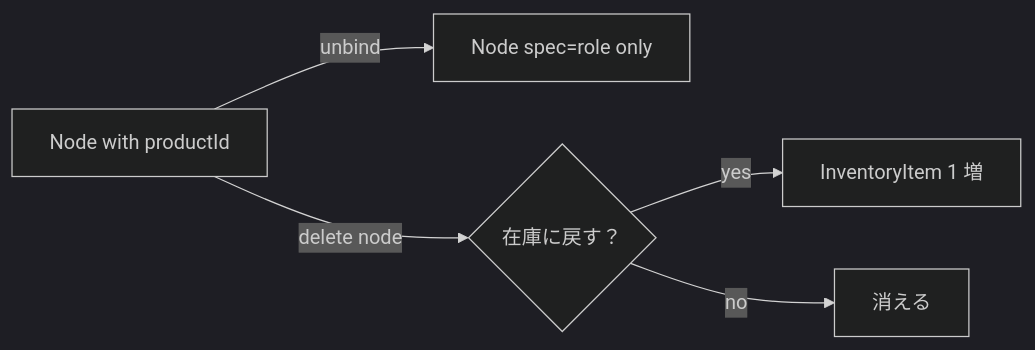
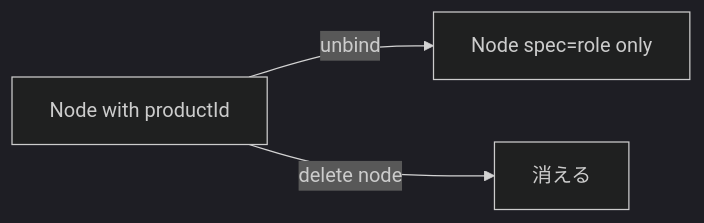
Before and after one commit to konoe-akitoshi/shumoku: the third of 5 diagrams in apps/editor/docs/materials-flow.md, drawn with Mermaid (dark theme). The commit also changed other lines of this file, not shown here.

First line of the commit message:
docs(editor): rewrite materials-flow around Required model

````diff
--- a/apps/editor/docs/materials-flow.md
+++ b/apps/editor/docs/materials-flow.md
@@ -139,7 +128,5 @@
 ```mermaid
 flowchart LR
   N[Node with productId] -->|unbind| N0[Node spec=role only]
-  N -->|delete node| INV{在庫に戻す？}
-  INV -->|yes| I[InventoryItem 1 増]
-  INV -->|no| X[消える]
+  N -->|delete node| X[消える]
 ```
````
